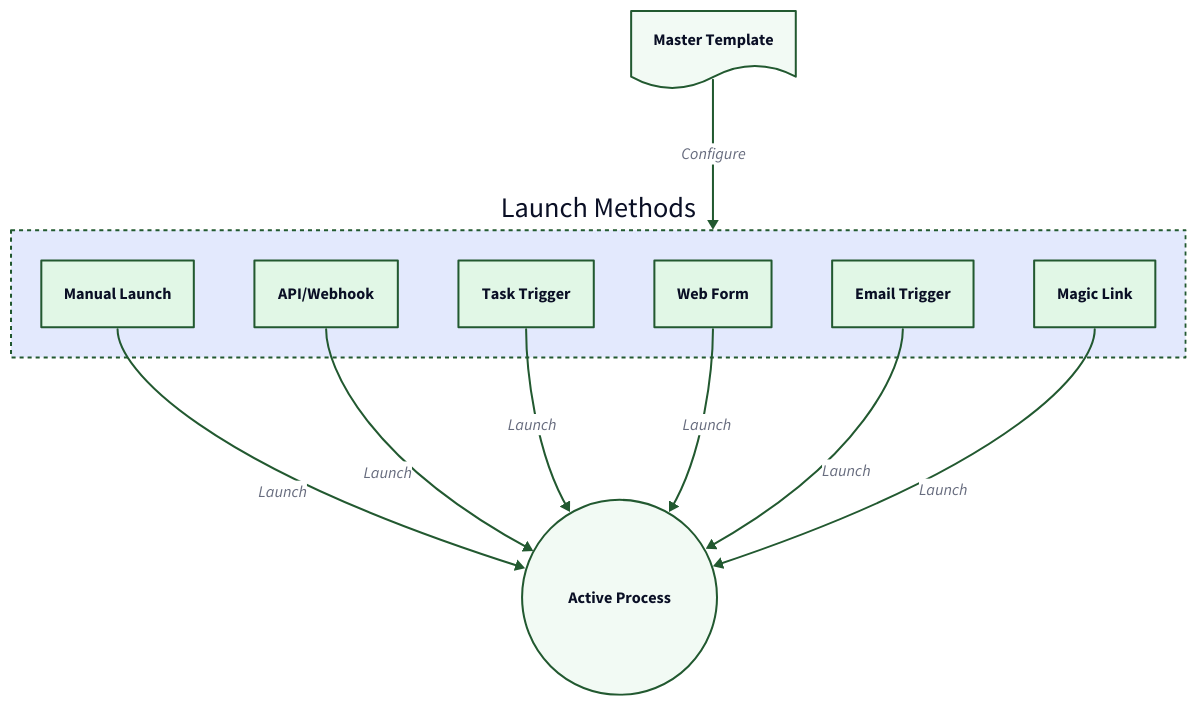
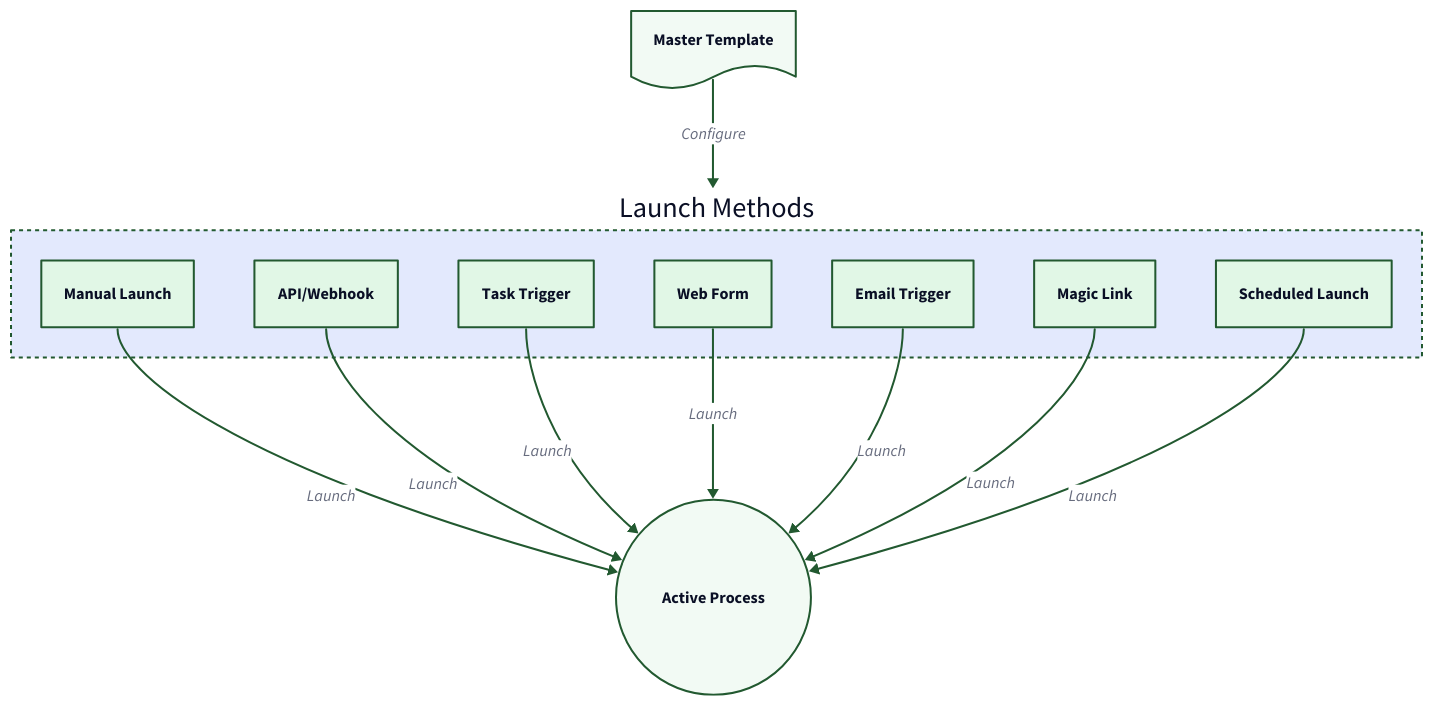
Before and after one commit to tallyfy/documentation: the diagram in src/content/docs/pro/launching/index.mdx, drawn with D2. The commit also changed other lines of this file and 2 other files, not shown here.

First line of the commit message:
Say scheduled launches run through middleware, not a built-in scheduler (#304)

````diff
--- a/src/content/docs/pro/launching/index.mdx
+++ b/src/content/docs/pro/launching/index.mdx
@@ -57,75 +58,82 @@
 ```d2
 # Process Launch Methods
 direction: down
 
 # Template Source
 Template: Master Template {
   shape: document
   style.fill: "#f2faf4"
   style.stroke: "#225930"
   style.stroke-width: 2
 }
 
 # Launch Methods Group
 Launch Methods: {
   style.stroke: "#225930"
   style.stroke-dash: 2
   
   Manual: Manual Launch {
     style.fill: "#e1f7e6"
     style.stroke: "#225930"
   }
   API: API/Webhook {
     style.fill: "#e1f7e6"
     style.stroke: "#225930"
   }
   Task: Task Trigger {
     style.fill: "#e1f7e6"
     style.stroke: "#225930"
   }
   Form: Web Form {
     style.fill: "#e1f7e6"
     style.stroke: "#225930"
   }
   Email: Email Trigger {
     style.fill: "#e1f7e6"
     style.stroke: "#225930"
   }
   Magic: Magic Link {
     style.fill: "#e1f7e6"
     style.stroke: "#225930"
   }
+  Schedule: Scheduled Launch {
+    style.fill: "#e1f7e6"
+    style.stroke: "#225930"
+  }
 }
 
 # Result
 Process: Active Process {
   shape: circle
   style.fill: "#f2faf4"
   style.stroke: "#225930"
   style.stroke-width: 2
 }
 
 # Connections
 Template -> Launch Methods: Configure {
   style.stroke: "#225930"
   style.stroke-width: 2
 }
 Launch Methods.Manual -> Process: Launch {
   style.stroke: "#225930"
 }
 Launch Methods.API -> Process: Launch {
   style.stroke: "#225930"
 }
 Launch Methods.Task -> Process: Launch {
   style.stroke: "#225930"
 }
 Launch Methods.Form -> Process: Launch {
   style.stroke: "#225930"
 }
 Launch Methods.Email -> Process: Launch {
   style.stroke: "#225930"
 }
 Launch Methods.Magic -> Process: Launch {
   style.stroke: "#225930"
 }
+Launch Methods.Schedule -> Process: Launch {
+  style.stroke: "#225930"
+}
 ```
````
